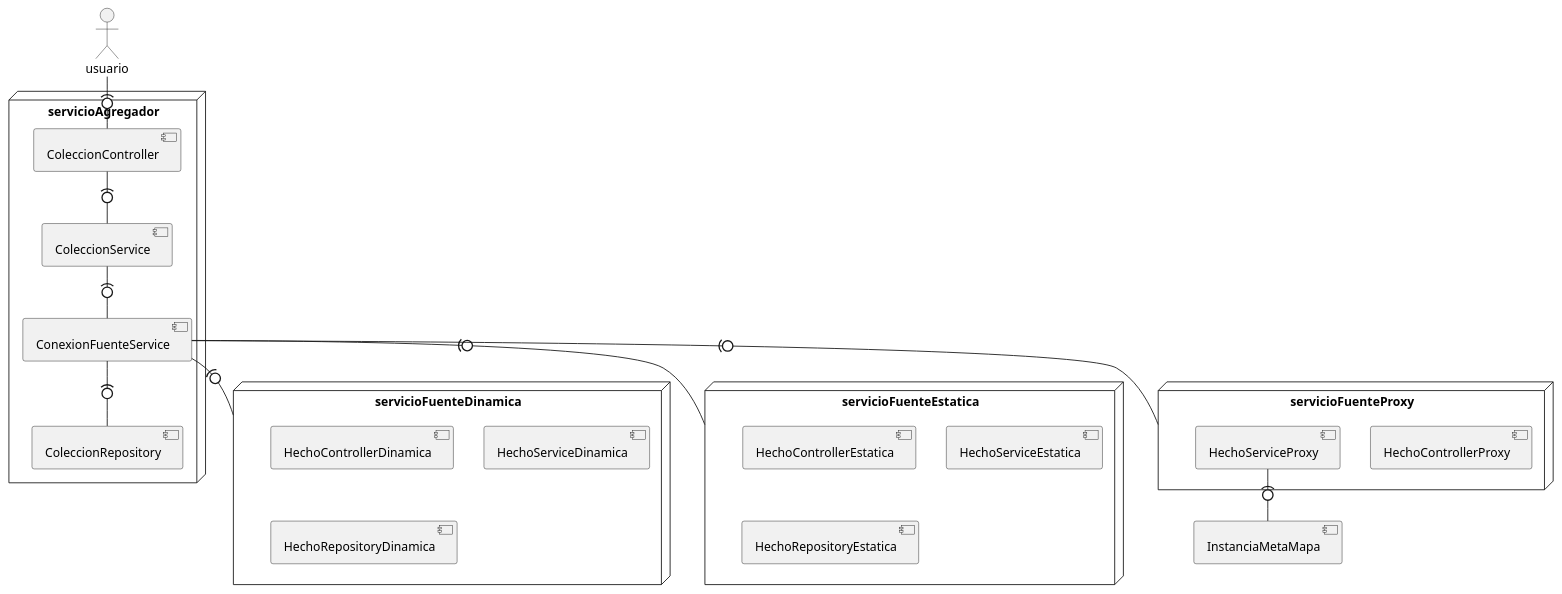
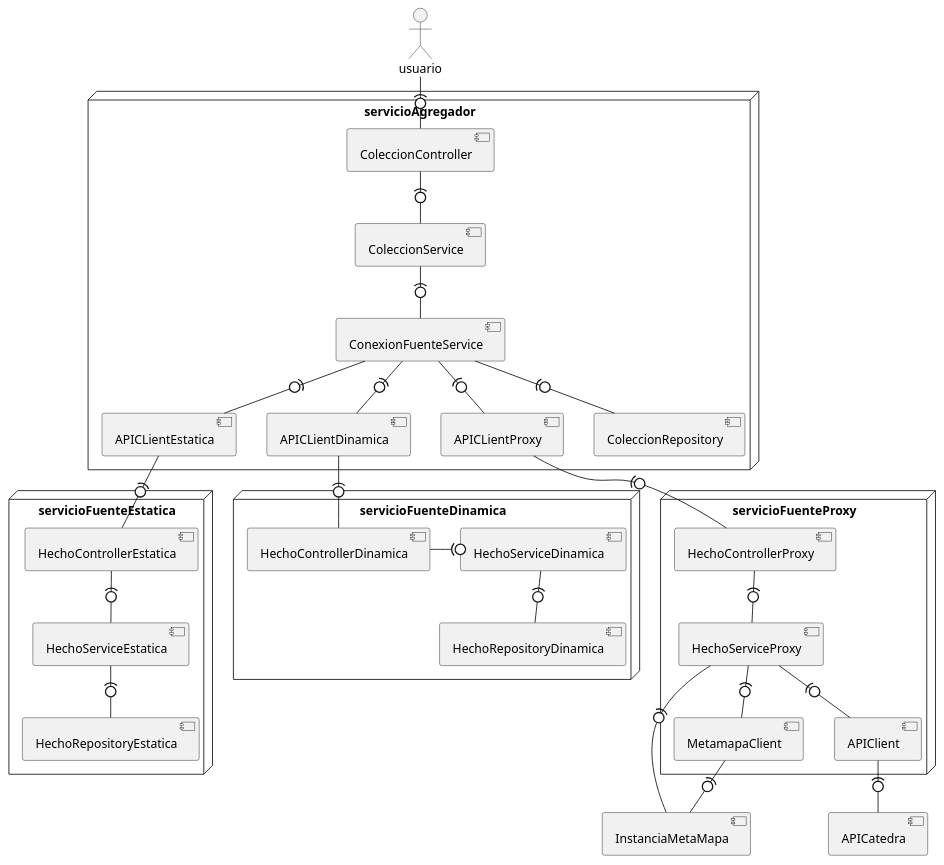
Before and after one commit to valenap-utn/metamapa-utn-2025: the diagram in entregables/entrega-2/DiagramaDeDespliegue.puml, drawn with PlantUML. The commit also changed 5 other files, not shown here.

Commit message:
Actualice el diagrama de despliegue y puse DTOs en Estatica

```diff
--- a/entregables/entrega-2/DiagramaDeDespliegue.puml
+++ b/entregables/entrega-2/DiagramaDeDespliegue.puml
@@ -1,46 +1,69 @@
 @startuml
 'https://plantuml.com/deployment-diagram
 
 actor usuario
 
 node servicioAgregador {
 component ColeccionService
 component ColeccionController
 component ConexionFuenteService
+component APICLientEstatica
+component APICLientDinamica
+component APICLientProxy
 component ColeccionRepository
 }
 
 ColeccionController -(0- ColeccionService
 ColeccionService -(0- ConexionFuenteService
 ConexionFuenteService -(0- ColeccionRepository
 usuario -(0- ColeccionController
-
+ConexionFuenteService -(0- APICLientDinamica
+ConexionFuenteService -(0- APICLientEstatica
+ConexionFuenteService -(0- APICLientProxy
 
 node servicioFuenteDinamica {
 component HechoControllerDinamica
 component HechoServiceDinamica
 component HechoRepositoryDinamica
 }
+
+HechoControllerDinamica -(0 HechoServiceDinamica
+HechoServiceDinamica -(0- HechoRepositoryDinamica
+
+
 node servicioFuenteEstatica {
 component HechoControllerEstatica
 component HechoServiceEstatica
 component HechoRepositoryEstatica
 }
+HechoControllerEstatica -(0- HechoServiceEstatica
+HechoServiceEstatica -(0- HechoRepositoryEstatica
+
+
 node servicioFuenteProxy {
 component HechoControllerProxy
 component HechoServiceProxy
+component MetamapaClient
+component APIClient
 }
 
+HechoControllerProxy -(0- HechoServiceProxy
+HechoServiceProxy -(0- MetamapaClient
+HechoServiceProxy -(0- APIClient
 
 component InstanciaMetaMapa
+component APICatedra
+MetamapaClient -(0- InstanciaMetaMapa
+APIClient -(0- APICatedra
+
+
 
 HechoServiceProxy -(0- InstanciaMetaMapa
 
-
-ConexionFuenteService -(0- servicioFuenteDinamica
-ConexionFuenteService -(0- servicioFuenteEstatica
-ConexionFuenteService -(0- servicioFuenteProxy
+APICLientEstatica -(0- HechoControllerEstatica
+APICLientDinamica -(0- HechoControllerDinamica
+APICLientProxy -(0- HechoControllerProxy
 
 
 
 @enduml
```
